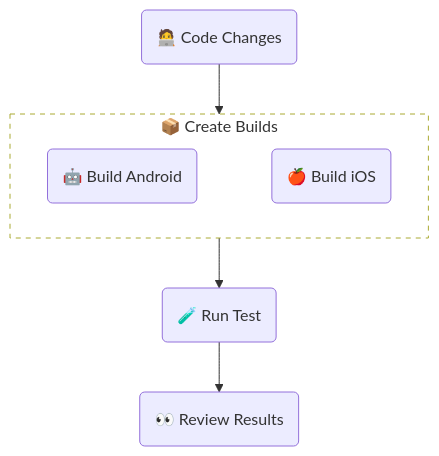
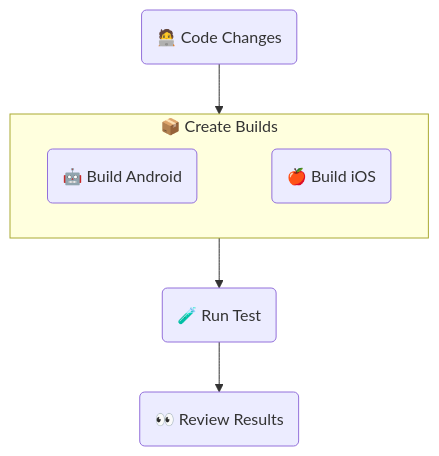
Before and after one commit to sherlo-io/sherlo: the diagram in examples/standard/README.md, drawn with Mermaid.

Commit message:
no message

````diff
--- a/examples/standard/README.md
+++ b/examples/standard/README.md
@@ -14,16 +14,15 @@
 ```mermaid
 flowchart TB
    UI(🧑‍💻 Code Changes)
    subgraph Build[📦 Create Builds]
       Android(🤖 Build Android)
       iOS(🍎 Build iOS)
       Android ~~~ iOS
-      style Build fill:#00000000,stroke-dasharray: 5 5
    end
    Test(🧪 Run Test)
    Review(👀 Review Results)
 
    UI --> Build
    Build --> Test
    Test --> Review
 ```
````
